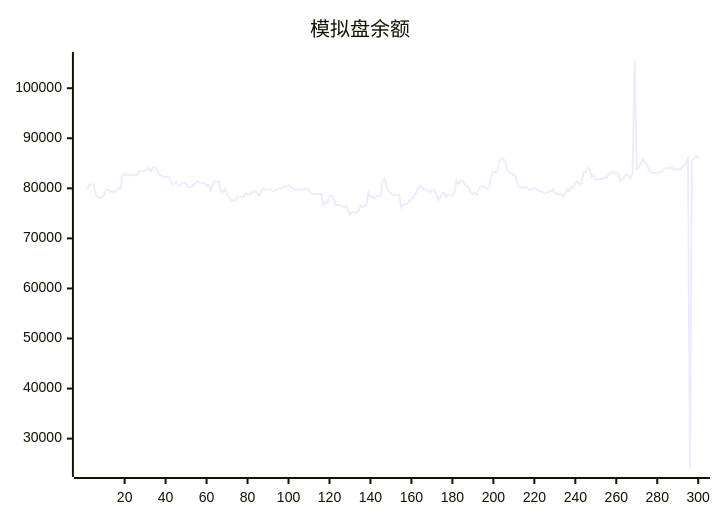
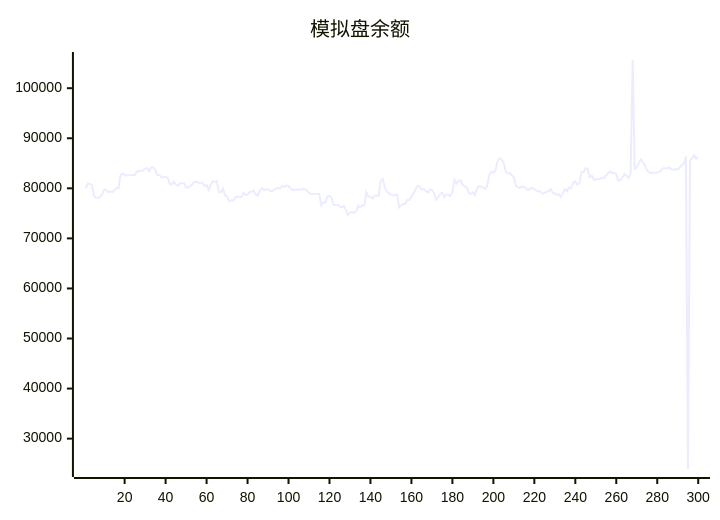
The diagram in README.md (aahl/ai-trading), drawn with Mermaid before and after one commit. The commit also changed other lines of this file and 1 other file, not shown here.

````diff
--- a/README.md
+++ b/README.md
@@ -5,5 +5,5 @@
 ```mermaid
 xychart
     title "模拟盘余额"
-    line [79894,80006,80954,80837,80712,78561,78139,78037,78293,78682,79720,79720,79214,79372,79279,79591,80046,79993,82625,82950,82626,82571,82633,82670,82670,82681,83386,83378,83464,83579,83920,84037,83402,84160,84142,83652,82655,82655,82145,82315,82243,82163,80934,80770,81371,80742,80468,80989,80989,81067,80191,80155,80450,80737,81309,81309,81106,81119,81119,80471,80631,79624,80670,81448,81290,81429,79212,79222,79940,78643,78380,77432,77623,77504,78235,78358,78284,78277,79048,78714,78714,79290,79308,79567,78763,78563,79603,79988,79652,79813,79813,79476,79469,79673,79995,80015,80015,80486,80314,80600,80436,79966,79689,79689,79819,79692,79692,79850,79850,79518,79071,78889,78850,78850,78878,78878,76554,77202,77103,78357,78510,78106,76678,76677,76672,76411,76159,76485,75656,74695,75197,75246,75052,75334,76564,76179,76553,76551,79196,78300,78300,77944,78531,78531,78521,81564,81884,80160,79335,79055,78675,78580,78708,78764,76179,76586,76902,76876,77658,77669,78346,79023,79769,80497,80366,79761,79896,79448,79126,79749,79658,79097,77695,78114,78888,79126,78249,78738,78653,78478,79271,81680,80923,81488,81527,80681,80455,80190,79084,78879,79193,78686,79954,80403,80374,80118,79848,80491,82665,83351,83098,83525,85430,85983,85737,85221,83378,83014,83043,82613,82216,80477,80208,80081,80348,80277,79894,79670,79965,80093,79786,79542,79406,79371,78893,79087,79304,79406,79841,79072,78978,78696,78846,78272,79085,79787,79442,80198,80031,81120,81379,80718,80985,83214,83212,83993,83921,82270,82547,81776,81776,81866,81866,82158,82061,82596,83000,83408,83041,83050,82858,81503,81691,82188,82812,82517,82092,82901,105633,83898,84180,85030,85781,85178,84604,83569,83298,83008,83093,83107,83175,83228,83729,84025,84017,84019,84177,83775,83762,83785,83738,84160,84639,84939,86370,23934,85548,86046,86599,85942]
+    line [80006,80954,80837,80712,78561,78139,78037,78293,78682,79720,79720,79214,79372,79279,79591,80046,79993,82625,82950,82626,82571,82633,82670,82670,82681,83386,83378,83464,83579,83920,84037,83402,84160,84142,83652,82655,82655,82145,82315,82243,82163,80934,80770,81371,80742,80468,80989,80989,81067,80191,80155,80450,80737,81309,81309,81106,81119,81119,80471,80631,79624,80670,81448,81290,81429,79212,79222,79940,78643,78380,77432,77623,77504,78235,78358,78284,78277,79048,78714,78714,79290,79308,79567,78763,78563,79603,79988,79652,79813,79813,79476,79469,79673,79995,80015,80015,80486,80314,80600,80436,79966,79689,79689,79819,79692,79692,79850,79850,79518,79071,78889,78850,78850,78878,78878,76554,77202,77103,78357,78510,78106,76678,76677,76672,76411,76159,76485,75656,74695,75197,75246,75052,75334,76564,76179,76553,76551,79196,78300,78300,77944,78531,78531,78521,81564,81884,80160,79335,79055,78675,78580,78708,78764,76179,76586,76902,76876,77658,77669,78346,79023,79769,80497,80366,79761,79896,79448,79126,79749,79658,79097,77695,78114,78888,79126,78249,78738,78653,78478,79271,81680,80923,81488,81527,80681,80455,80190,79084,78879,79193,78686,79954,80403,80374,80118,79848,80491,82665,83351,83098,83525,85430,85983,85737,85221,83378,83014,83043,82613,82216,80477,80208,80081,80348,80277,79894,79670,79965,80093,79786,79542,79406,79371,78893,79087,79304,79406,79841,79072,78978,78696,78846,78272,79085,79787,79442,80198,80031,81120,81379,80718,80985,83214,83212,83993,83921,82270,82547,81776,81776,81866,81866,82158,82061,82596,83000,83408,83041,83050,82858,81503,81691,82188,82812,82517,82092,82901,105633,83898,84180,85030,85781,85178,84604,83569,83298,83008,83093,83107,83175,83228,83729,84025,84017,84019,84177,83775,83762,83785,83738,84160,84639,84939,86370,23934,85548,86046,86599,85942,86161]
 ```
````
